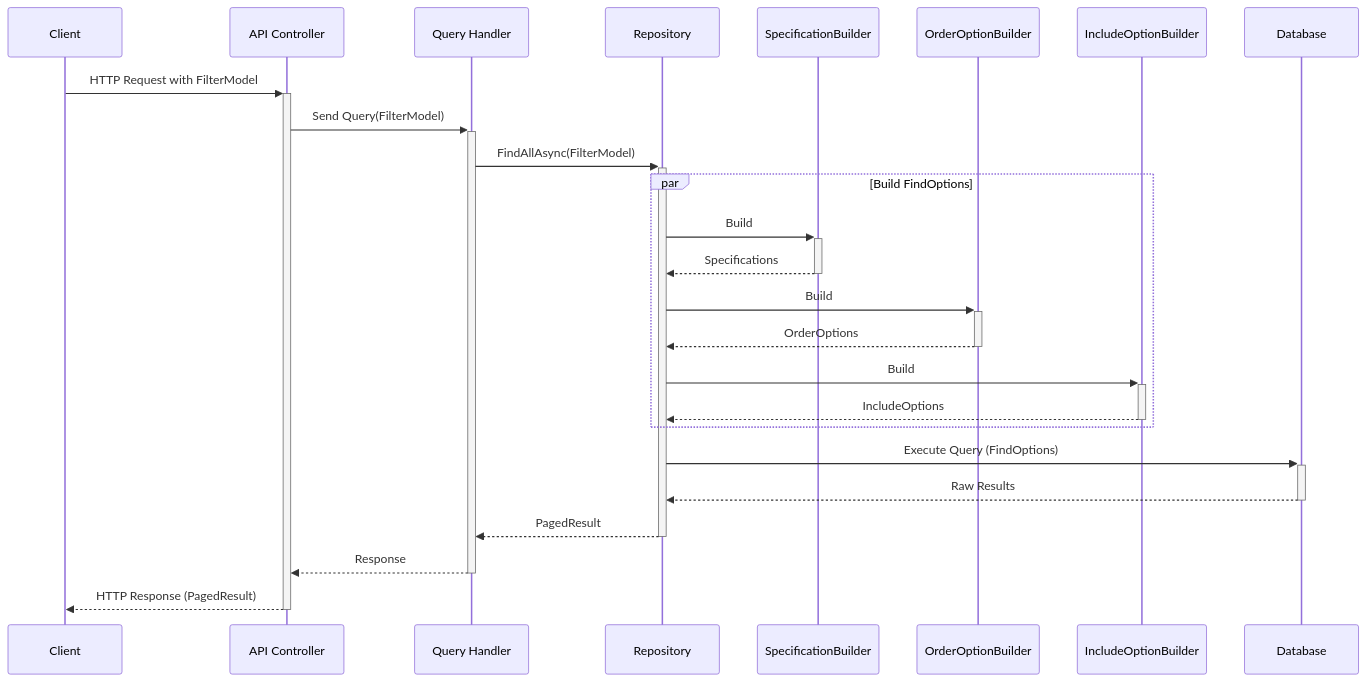
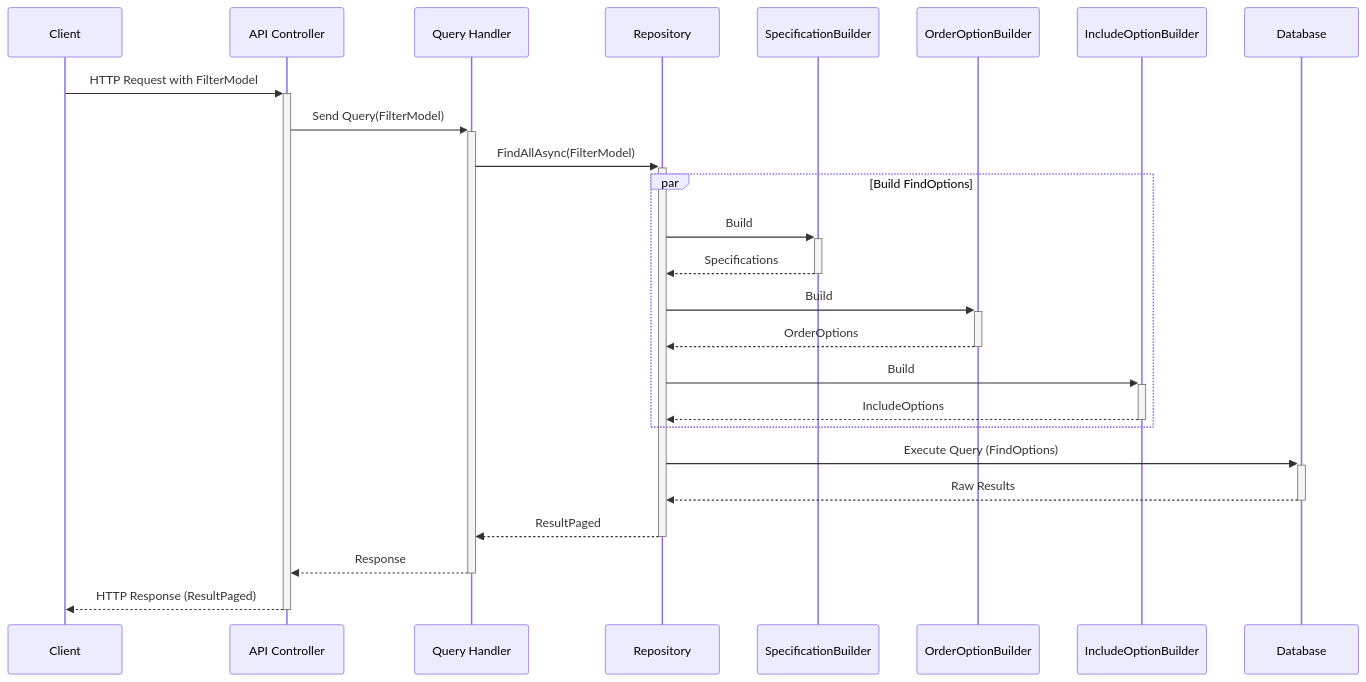
One commit to BridgingIT-GmbH/bITdevKit changed the second of 3 diagrams in docs/features-filtering.md. Above: the diagram before and after it, drawn with Mermaid. The commit also changed other lines of this file and 483 other files, not shown here.

Commit message:
Merged PR 8557: Added new EntityPermissions, IdentityProvider, Repository enhancements, PagedResult renamed, nuget updates

````diff
--- a/docs/features-filtering.md
+++ b/docs/features-filtering.md
@@ -105,30 +105,30 @@
 ```mermaid
 sequenceDiagram
     participant C as Client
     participant A as API Controller
     participant H as Query Handler
     participant R as Repository
     participant S as SpecificationBuilder
     participant O as OrderOptionBuilder
     participant I as IncludeOptionBuilder
     participant D as Database
 
     C->>+A: HTTP Request with FilterModel
     A->>+H: Send Query(FilterModel)
     H->>+R: FindAllAsync(FilterModel)
 
     par Build FindOptions
         R->>+S: Build
         S-->>-R: Specifications
         R->>+O: Build
         O-->>-R: OrderOptions
         R->>+I: Build
         I-->>-R: IncludeOptions
     end
 
     R->>+D: Execute Query (FindOptions)
     D-->>-R: Raw Results
-    R-->>-H: PagedResult
+    R-->>-H: ResultPaged
     H-->>-A: Response
-    A-->>-C: HTTP Response (PagedResult)
+    A-->>-C: HTTP Response (ResultPaged)
 ```
````
